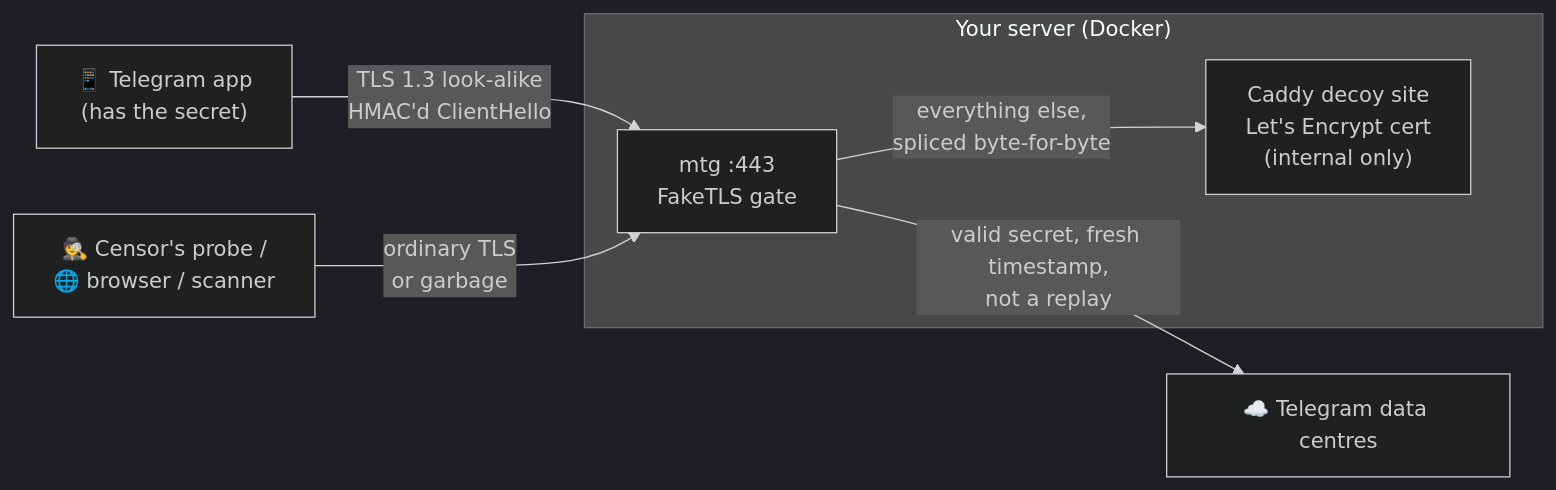
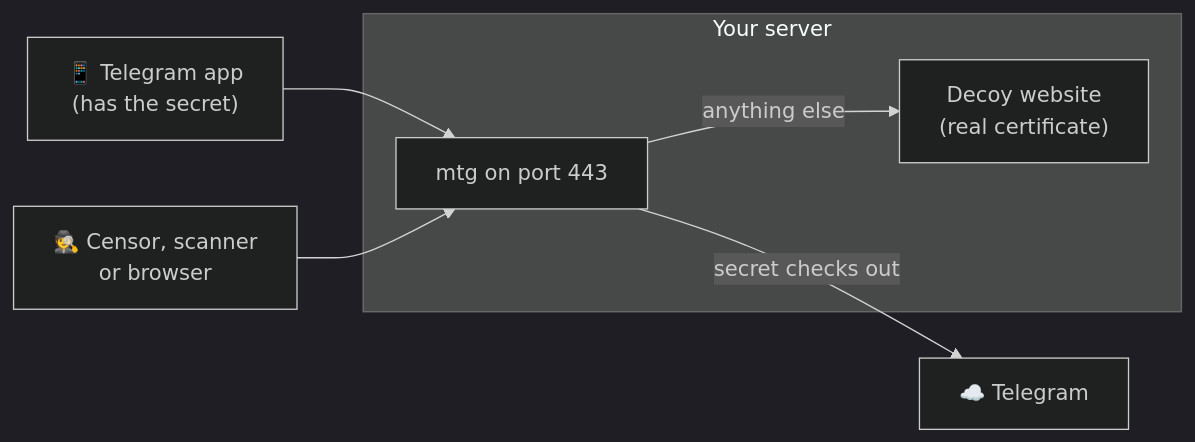
One commit to deadboyccc/Burrow changed the diagram in README.md. Above: the diagram before and after it, drawn with Mermaid (dark theme). The commit also changed other lines of this file and 17 other files, not shown here.

````diff
--- a/README.md
+++ b/README.md
@@ -122,11 +52,11 @@
 ```mermaid
 flowchart LR
-    A["📱 Telegram app<br/>(has the secret)"] -- "TLS 1.3 look-alike<br/>HMAC'd ClientHello" --> M
-    B["🕵️ Censor's probe /<br/>🌐 browser / scanner"] -- "ordinary TLS<br/>or garbage" --> M
-    subgraph server["Your server (Docker)"]
-        M["mtg :443<br/>FakeTLS gate"]
-        C["Caddy decoy site<br/>Let's Encrypt cert<br/>(internal only)"]
+    A["📱 Telegram app<br/>(has the secret)"] --> M
+    B["🕵️ Censor, scanner<br/>or browser"] --> M
+    subgraph server["Your server"]
+        M["mtg on port 443"]
+        C["Decoy website<br/>(real certificate)"]
     end
-    M -- "valid secret, fresh timestamp,<br/>not a replay" --> T["☁️ Telegram data centres"]
-    M -- "everything else,<br/>spliced byte-for-byte" --> C
+    M -- "secret checks out" --> T["☁️ Telegram"]
+    M -- "anything else" --> C
 ```
````
